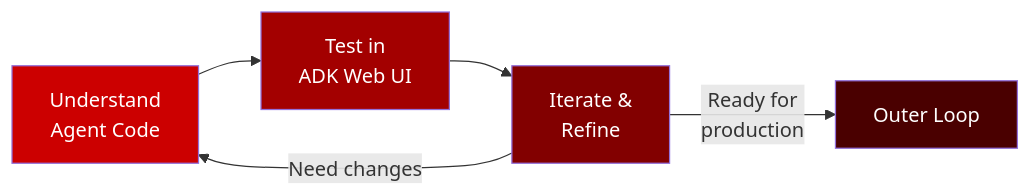
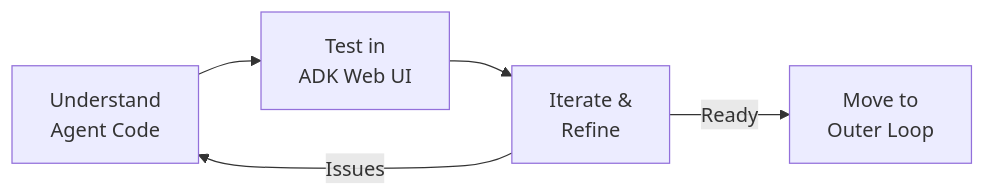
The diagram in docs/workshop/02-inner-loop/index.md (rrbanda/agent-sandbox-ocp), drawn with Mermaid before and after one commit. The commit also changed other lines of this file and 118 other files, not shown here.

````diff
--- a/docs/workshop/02-inner-loop/index.md
+++ b/docs/workshop/02-inner-loop/index.md
@@ -10,12 +29,7 @@
 ```mermaid
 flowchart LR
     A["Understand<br/>Agent Code"] --> B["Test in<br/>ADK Web UI"]
     B --> C["Iterate &<br/>Refine"]
-    C -->|"Ready for<br/>production"| D["Outer Loop"]
-    C -->|"Need changes"| A
-    
-    style A fill:#CC0000,color:#FFFFFF
-    style B fill:#A30000,color:#FFFFFF
-    style C fill:#820000,color:#FFFFFF
-    style D fill:#4A0000,color:#FFFFFF
+    C -->|"Ready"| D["Move to<br/>Outer Loop"]
+    C -->|"Issues"| A
 ```
````
